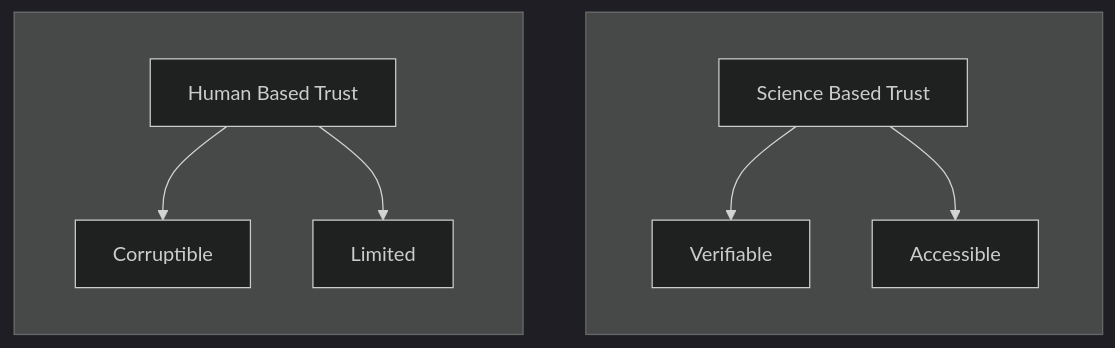
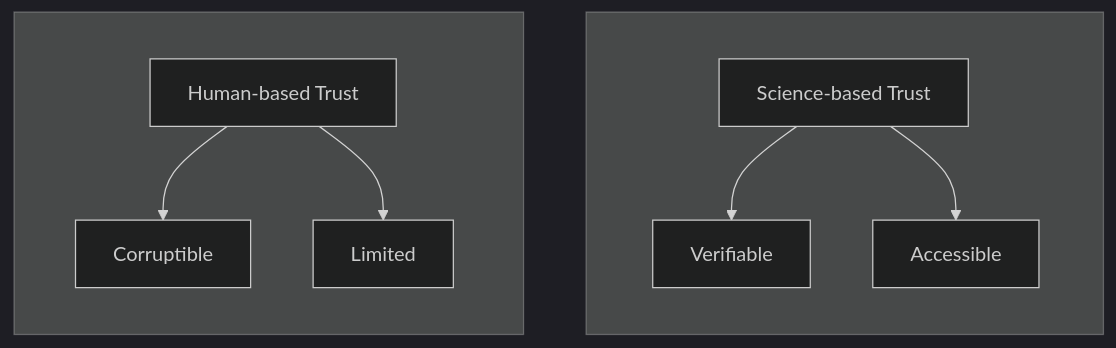
One commit to kianenigma/what-blockchain-actually changed the third of 4 diagrams in content/Content/What/What Is This All About?.md. Above: the diagram before and after it, drawn with Mermaid (dark theme). The commit also changed other lines of this file and 89 other files, not shown here.

````diff
--- a/content/Content/What/What Is This All About?.md
+++ b/content/Content/What/What Is This All About?.md
@@ -55,16 +55,16 @@
 ```mermaid
-flowchart 
-	subgraph " " 
+flowchart
+	subgraph " "
 		direction TB
-		ST[Science Based Trust]
+		ST[Science-based Trust]
 		ST --> Verifiable
-		ST --> Accessible 
-	end 
-	
-	subgraph " " 
-		direction TB 
-		HT[Human Based Trust]
+		ST --> Accessible
+	end
+
+	subgraph " "
+		direction TB
+		HT[Human-based Trust]
 		HT --> Corruptible
 		HT --> Limited
-	end 
+	end
 ```
````
